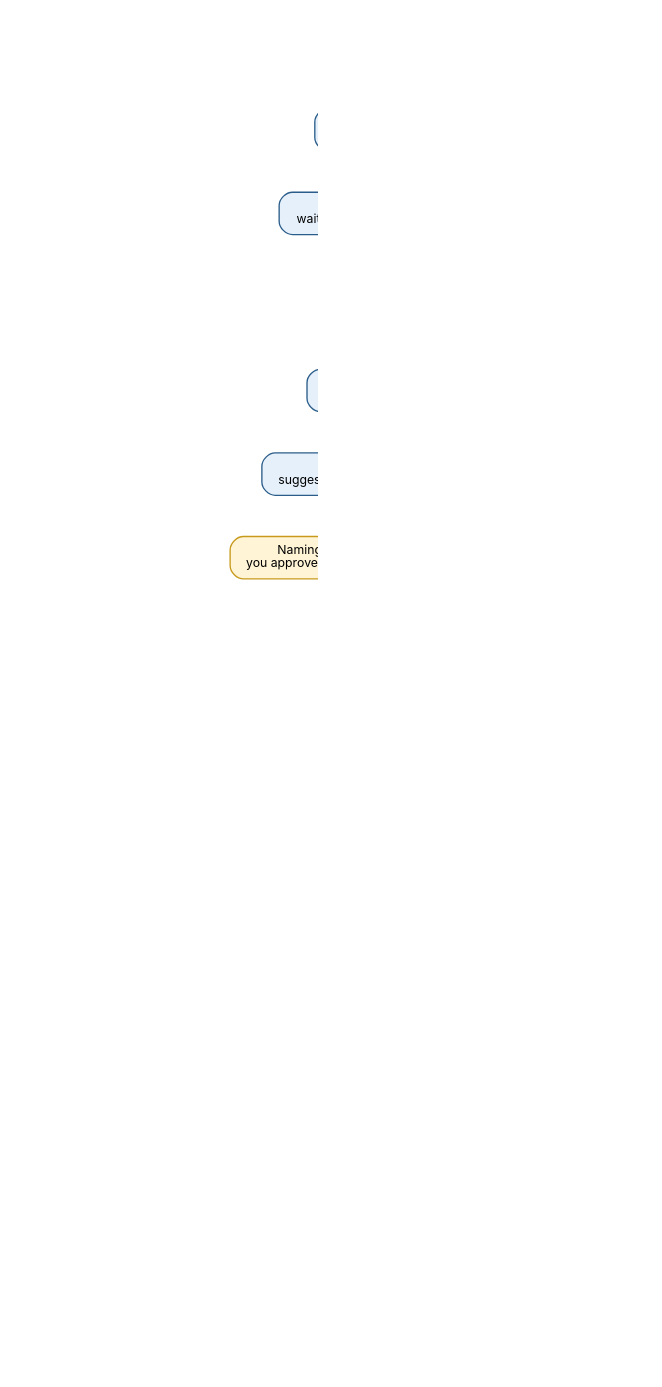
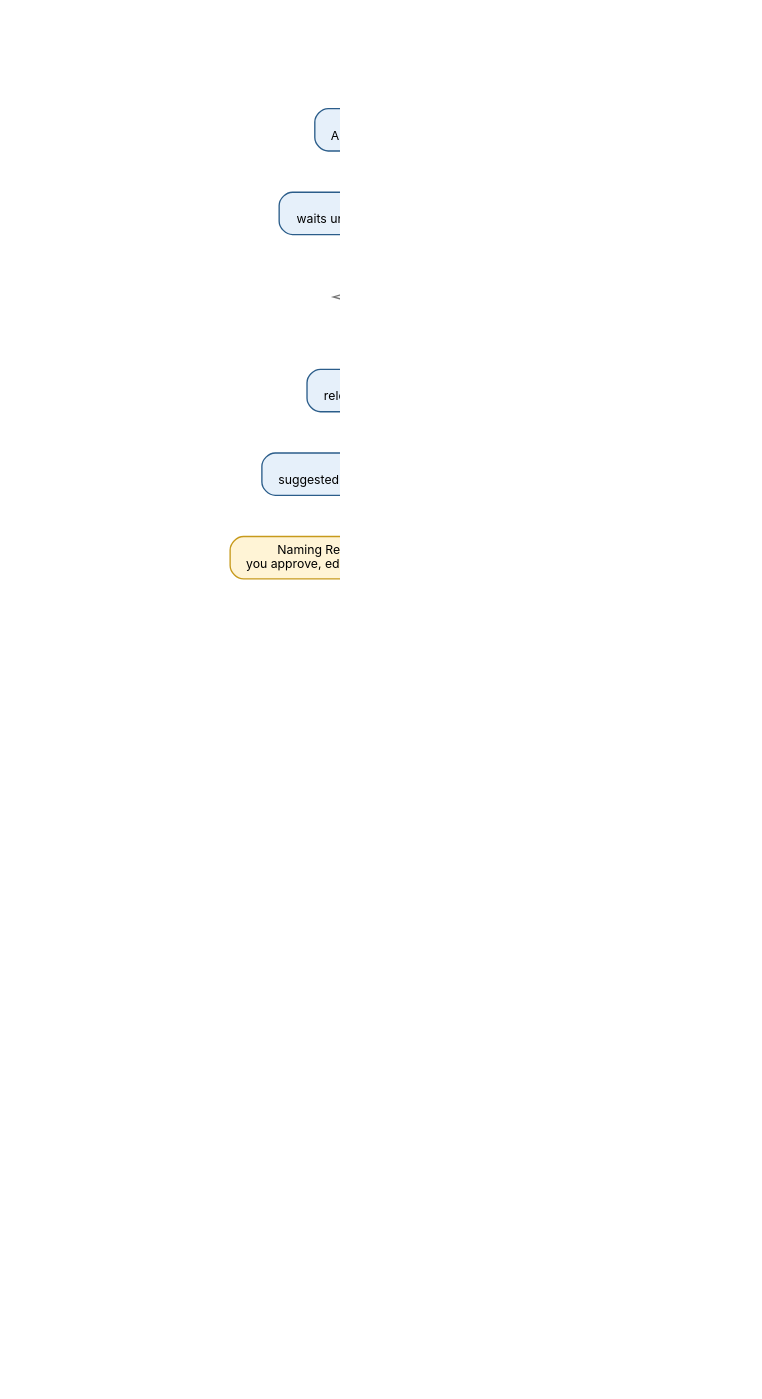
One commit to MediaMetadataManager/MediaMetadataManager changed the diagram in Documentation/images/src/pipeline.dot. Above: the diagram before and after it, drawn with Graphviz. The commit also changed 29 other files, not shown here.

```diff
--- a/Documentation/images/src/pipeline.dot
+++ b/Documentation/images/src/pipeline.dot
@@ -1,45 +1,48 @@
 digraph G {
   graph [rankdir=TB, fontname="Inter", bgcolor="white", nodesep=0.45, ranksep=0.5, pad=0.3, dpi=170];
   node  [shape=box, style="rounded,filled", fontname="Inter", fontsize=11, color="#2b5d8a", fillcolor="#e6f0fa", penwidth=1.2, margin="0.18,0.10"];
   edge  [fontname="Inter", fontsize=9.5, color="#4a5b6c", arrowsize=0.8];
 
   start [label="Incoming Folder\n(one or more)", shape=box, style="rounded,filled", fillcolor="#2b5d8a", fontcolor="white", color="#2b5d8a"];
   watch [label="Discovery\nAuto-watch or Scan Now"];
   settle[label="Settle check\nwaits until the download has finished"];
   tv    [label="TV episode?", shape=diamond, style=filled, fillcolor="#f4f4f4", color="#777777", margin="0.05,0.05"];
   tvq   [label="TV Shows Queue\n(its own window)"];
   row   [label="Row in Movies Queue\nrelease = one folder of files"];
   name  [label="Naming\nsuggested name: Title Vol N [Studio] (Year)"];
   nrev  [label="Naming Review\nyou approve, edit or reject", fillcolor="#fff4d6", color="#c79a1c"];
   files [label="One file or several?", shape=diamond, style=filled, fillcolor="#f4f4f4", color="#777777", margin="0.05,0.05"];
   meta  [label="Metadata match\nconfident?", shape=diamond, style=filled, fillcolor="#f4f4f4", color="#777777", margin="0.05,0.05"];
   mrev  [label="Metadata Review\nconfirm match, pick artwork shape", fillcolor="#fff4d6", color="#c79a1c"];
   mseq  [label="Several files: in clear order\nand compatible?", shape=diamond, style=filled, fillcolor="#f4f4f4", color="#777777", margin="0.05,0.05"];
   mgrev [label="Merge Review\nreorder and confirm", fillcolor="#fff4d6", color="#c79a1c"];
   merge [label="Lossless merge\nno re-encode, chapter at each join"];
   ready [label="Item ready in the Queue\nmetadata + move-to-library attached"];
   start2[label="Start: write file, fetch metadata and artwork, tag"];
   move  [label="Move to Ready for Media Library"];
-  clean [label="Optional cleanup\noriginals to Trash, empty folders removed", fillcolor="#efe6f5", color="#8061a0"];
+  clean [label="Optional cleanup (Queue runs only)\nmerged/converted originals to Trash, empty folders removed", fillcolor="#efe6f5", color="#8061a0"];
+  edit  [label="Tag One File / Edit + Save\nedited in place, no original kept, no Trash", fillcolor="#fff2cc", color="#d6b656"];
   end   [label="Ready for Media Library\nyour final check before the media server", fillcolor="#2f7d4f", fontcolor="white", color="#2f7d4f"];
 
   start -> watch -> settle -> tv;
   tv -> tvq [label=" yes"];
   tv -> row [label=" no"];
   row -> name -> nrev;
   nrev -> files [label=" approved"];
   name -> files [label=" auto-approved\n (confident match)", style=dashed];
   files -> meta [label=" one"];
   files -> mseq [label=" several"];
   meta -> ready [label=" yes"];
   meta -> mrev [label=" no"];
   mrev -> ready;
   mseq -> merge [label=" yes (after 1 s)"];
   mseq -> mgrev [label=" no"];
   mgrev -> merge;
   merge -> ready;
   ready -> start2 -> move -> clean -> end;
+  edit -> move [label=" Save & Close", style=dashed];
+  { rank=same; edit; start2 }
   { rank=same; tv; tvq }
   { rank=same; meta; mseq }
   { rank=same; mrev; mgrev }
 }
```
